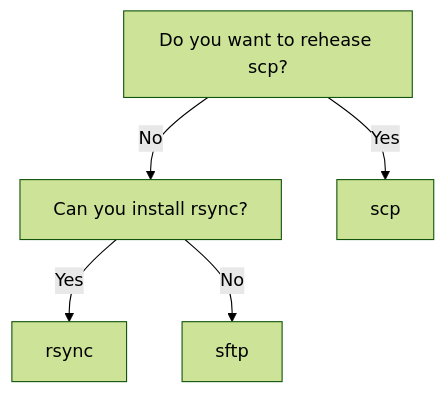
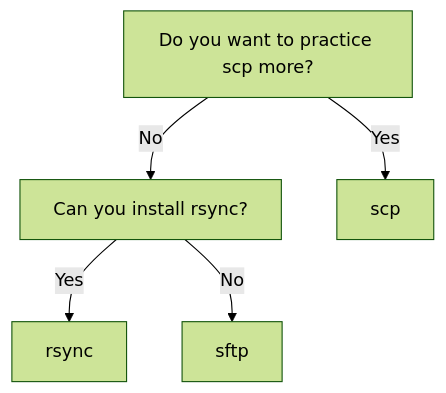
Before and after one commit to UPPMAX/naiss_file_transfer_course: the second of 2 diagrams in docs/faq/README.md, drawn with Mermaid (forest theme). The commit also changed other lines of this file, not shown here.

Commit message:
Fix spelling

````diff
--- a/docs/faq/README.md
+++ b/docs/faq/README.md
@@ -339,16 +339,16 @@
 ```mermaid
 flowchart TD
 
-  rehease_scp[Do you want to rehease scp?]
+  practice_scp[Do you want to practice scp more?]
   can_install_rsync[Can you install rsync?]
 
-  rehease_scp --> |Yes| scp
-  rehease_scp --> |No| can_install_rsync
+  practice_scp --> |Yes| scp
+  practice_scp --> |No| can_install_rsync
 
   can_install_rsync --> |Yes| rsync
   can_install_rsync --> |No| sftp
 
   scp
   rsync
   sftp
 ```
````
